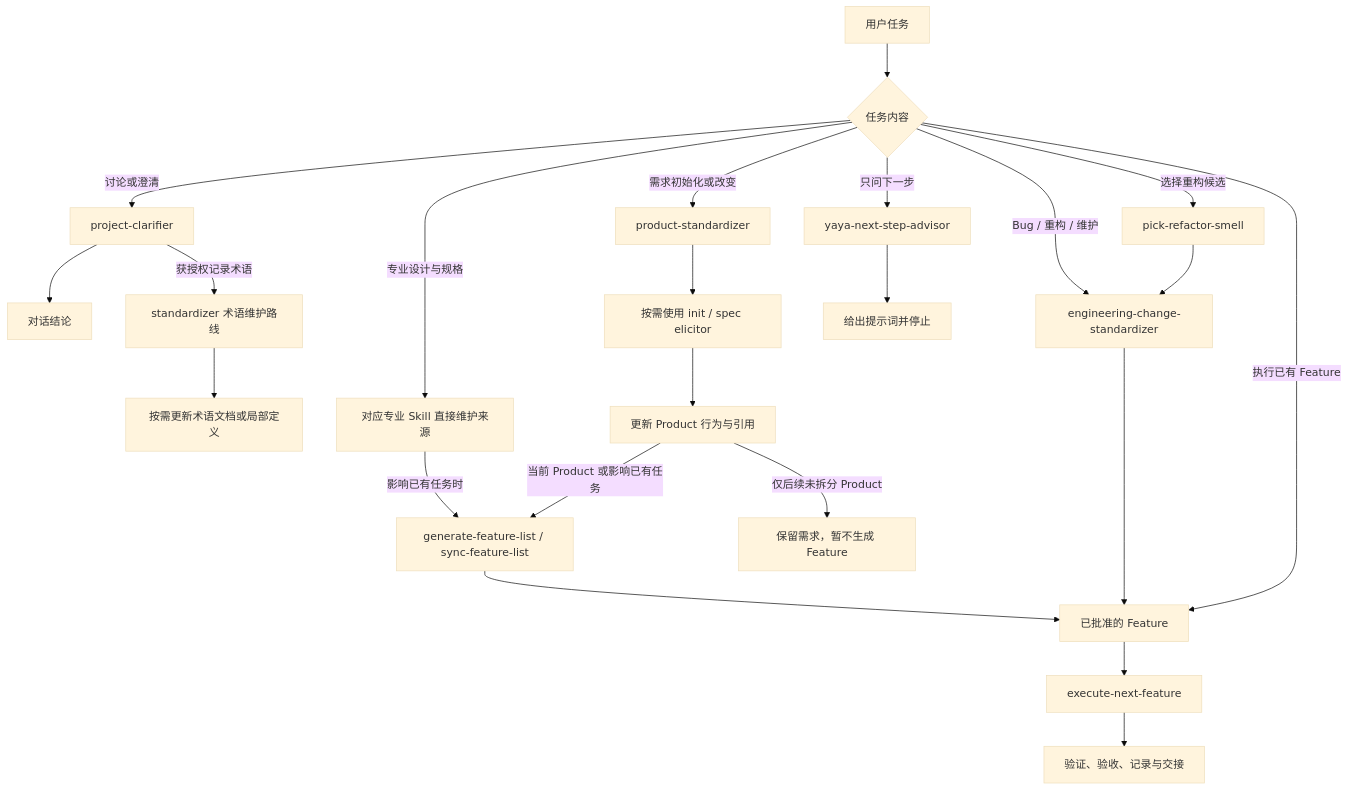
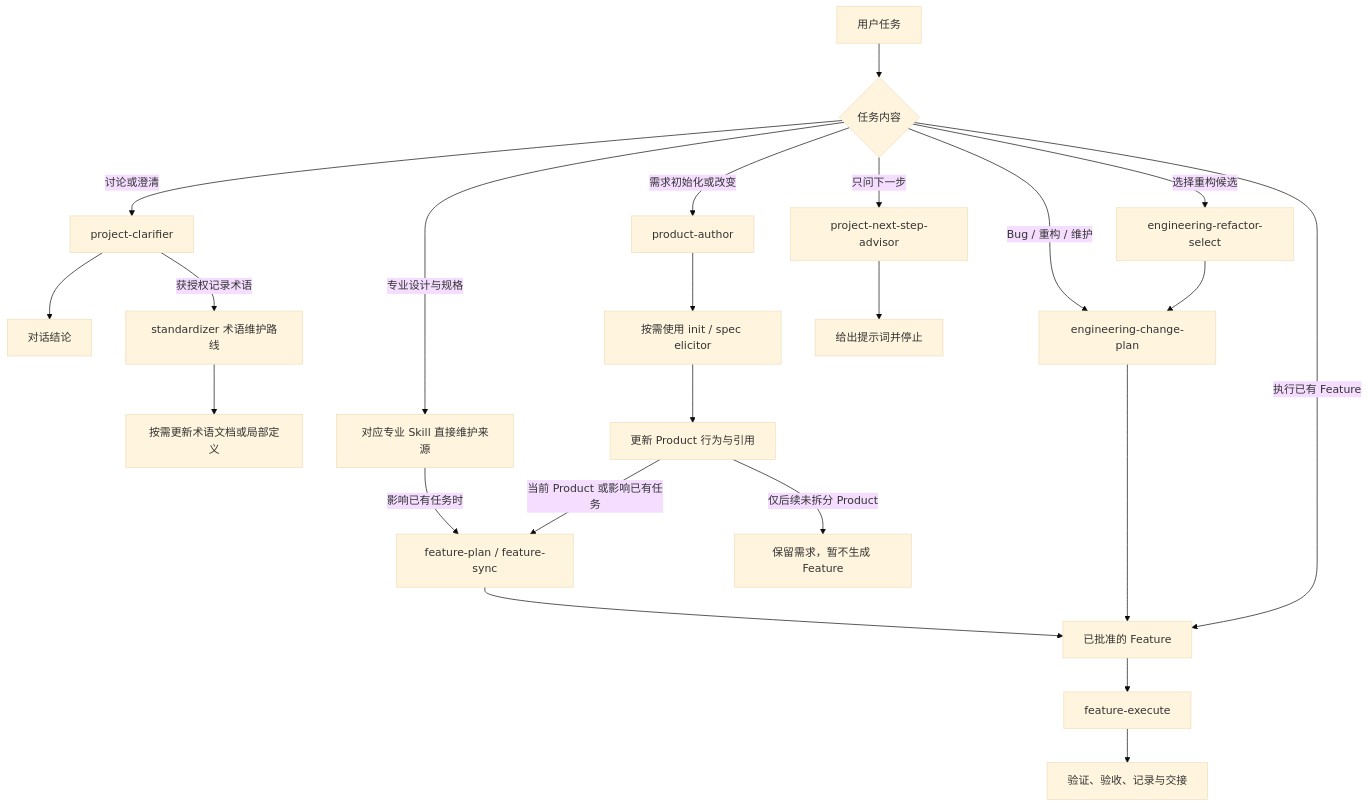
Before and after one commit to yxy823/Game_idle_yaya_frame: the first of 2 diagrams in project-source/Project_README.md, drawn with Mermaid (base theme). The commit also changed other lines of this file and 88 other files, not shown here.

````diff
--- a/project-source/Project_README.md
+++ b/project-source/Project_README.md
@@ -66,25 +66,25 @@
 ```mermaid
 flowchart TD
     U[用户任务] --> Q{任务内容}
     Q -->|讨论或澄清| C[project-clarifier]
     C --> O[对话结论]
     C -->|获授权记录术语| T[standardizer 术语维护路线]
     T --> K[按需更新术语文档或局部定义]
-    Q -->|需求初始化或改变| P[product-standardizer]
+    Q -->|需求初始化或改变| P[product-author]
     P --> I[按需使用 init / spec elicitor]
     I --> D[更新 Product 行为与引用]
     Q -->|专业设计与规格| V[对应专业 Skill 直接维护来源]
     V -->|影响已有任务时| L
-    D -->|当前 Product 或影响已有任务| L[generate-feature-list / sync-feature-list]
+    D -->|当前 Product 或影响已有任务| L[feature-plan / feature-sync]
     D -->|仅后续未拆分 Product| B[保留需求，暂不生成 Feature]
-    Q -->|Bug / 重构 / 维护| E[engineering-change-standardizer]
-    Q -->|选择重构候选| S[pick-refactor-smell]
+    Q -->|Bug / 重构 / 维护| E[engineering-change-plan]
+    Q -->|选择重构候选| S[engineering-refactor-select]
     S --> E
-    Q -->|只问下一步| A[yaya-next-step-advisor]
+    Q -->|只问下一步| A[project-next-step-advisor]
     A --> H[给出提示词并停止]
     L --> F[已批准的 Feature]
     E --> F
     Q -->|执行已有 Feature| F
-    F --> X[execute-next-feature]
+    F --> X[feature-execute]
     X --> R[验证、验收、记录与交接]
 ```
````
